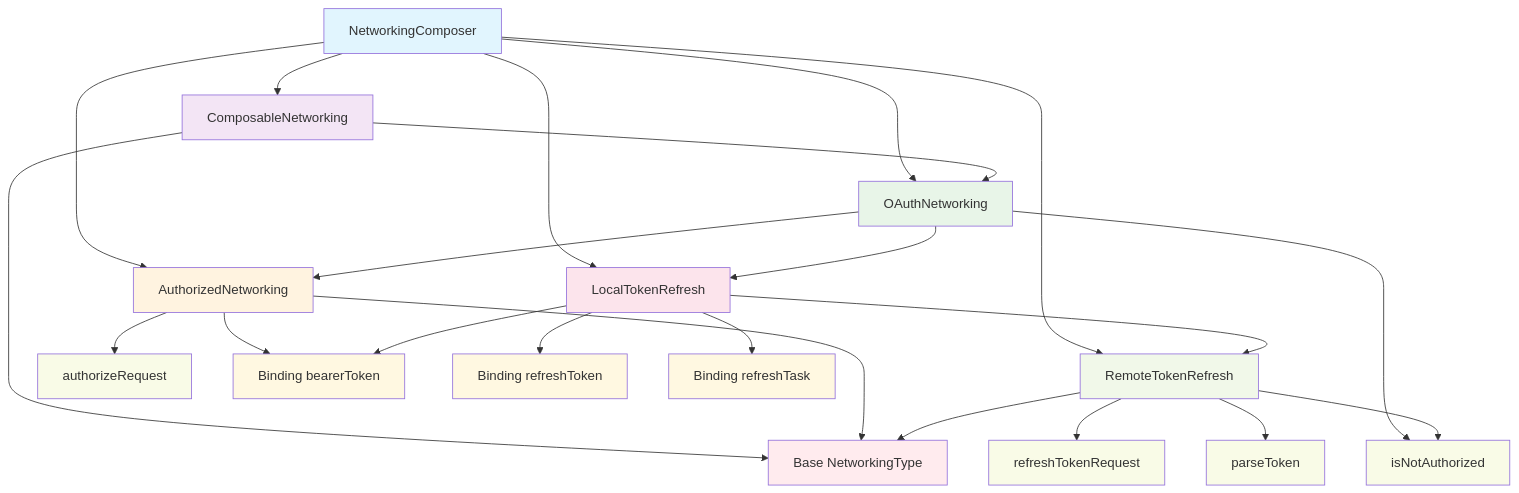
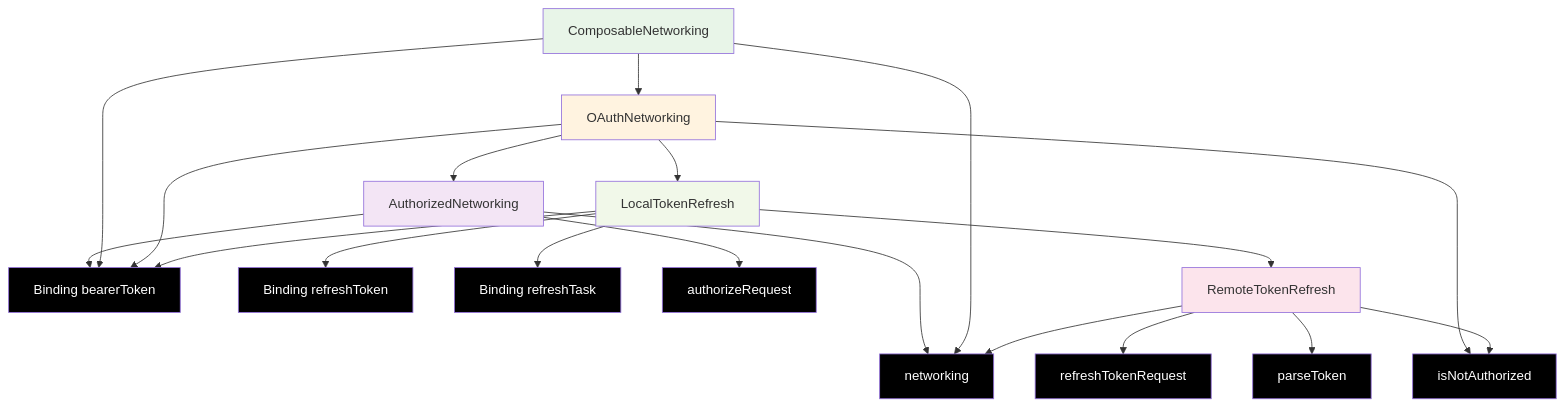
The diagram in README.md (sisoje/swift-composable-networking), drawn with Mermaid before and after one commit.

````diff
--- a/README.md
+++ b/README.md
@@ -12,44 +12,56 @@
 ```mermaid
 graph TD
-    A[NetworkingComposer] --> B[ComposableNetworking]
-    A --> C[OAuthNetworking]
-    A --> D[AuthorizedNetworking]
-    A --> E[LocalTokenRefresh]
-    A --> F[RemoteTokenRefresh]
+    networking[networking]
+    BT[Binding bearerToken]
+    RT[Binding refreshToken]
+    Task[Binding refreshTask]
+    AR[authorizeRequest]
+    INA[isNotAuthorized]
+    RTReq[refreshTokenRequest]
+    PT[parseToken]
     
-    B --> C
-    B --> G[Base NetworkingType]
+    AN[AuthorizedNetworking] --> networking
+    AN --> AR
+    AN --> BT
     
-    C --> D
-    C --> E
-    C --> H[isNotAuthorized]
+    CN[ComposableNetworking] --> ON[OAuthNetworking]
+    CN --> networking
+    CN --> BT
     
-    D --> G
-    D --> I[authorizeRequest]
-    D --> J[Binding bearerToken]
+    ON --> AN
+    ON --> LTR[LocalTokenRefresh]
+    ON --> INA
+    ON --> BT
     
-    E --> F
-    E --> K[Binding refreshToken]
-    E --> J
-    E --> L[Binding refreshTask]
+    RTR[RemoteTokenRefresh] --> networking
+    RTR --> RTReq
+    RTR --> PT
+    RTR --> INA
     
-    F --> G
-    F --> M[refreshTokenRequest]
-    F --> N[parseToken]
-    F --> H
+    LTR --> RTR
+    LTR --> RT
+    LTR --> BT
+    LTR --> Task
     
-    style A fill:#e1f5fe
-    style B fill:#f3e5f5
-    style C fill:#e8f5e8
-    style D fill:#fff3e0
-    style E fill:#fce4ec
-    style F fill:#f1f8e9
-    style G fill:#ffebee
-    style H fill:#f9fbe7
-    style I fill:#f9fbe7
-    style J fill:#fff8e1
-    style K fill:#fff8e1
-    style L fill:#fff8e1
-    style M fill:#f9fbe7
-    style N fill:#f9fbe7
+    style networking fill:#000000
+    style networking color:#ffffff
+    style BT fill:#000000
+    style BT color:#ffffff
+    style RT fill:#000000
+    style RT color:#ffffff
+    style Task fill:#000000
+    style Task color:#ffffff
+    style AR fill:#000000
+    style AR color:#ffffff
+    style INA fill:#000000
+    style INA color:#ffffff
+    style RTReq fill:#000000
+    style RTReq color:#ffffff
+    style PT fill:#000000
+    style PT color:#ffffff
+    style AN fill:#f3e5f5
+    style CN fill:#e8f5e8
+    style ON fill:#fff3e0
+    style RTR fill:#fce4ec
+    style LTR fill:#f1f8e9
 ```
````
